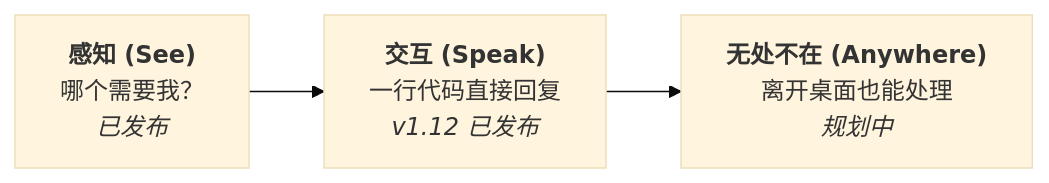
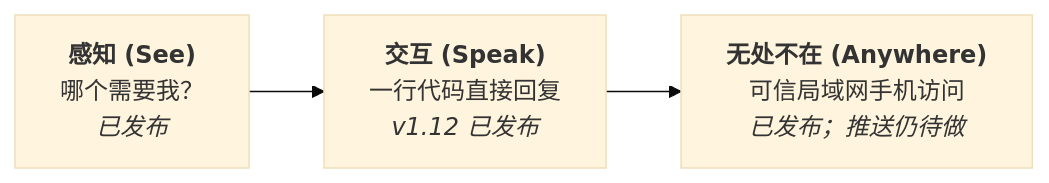
One commit to ctliz/TmuxDeck changed the first of 2 diagrams in README.zh-CN.md. Above: the diagram before and after it, drawn with Mermaid (base theme). The commit also changed other lines of this file and 23 other files, not shown here.

````diff
--- a/README.zh-CN.md
+++ b/README.zh-CN.md
@@ -90,7 +90,7 @@
 ```mermaid
 flowchart LR
     A["<b>感知 (See)</b><br/>哪个需要我？<br/><i>已发布</i>"]
     B["<b>交互 (Speak)</b><br/>一行代码直接回复<br/><i>v1.12 已发布</i>"]
-    C["<b>无处不在 (Anywhere)</b><br/>离开桌面也能处理<br/><i>规划中</i>"]
+    C["<b>无处不在 (Anywhere)</b><br/>可信局域网手机访问<br/><i>已发布；推送仍待做</i>"]
     A --> B --> C
 ```
````
